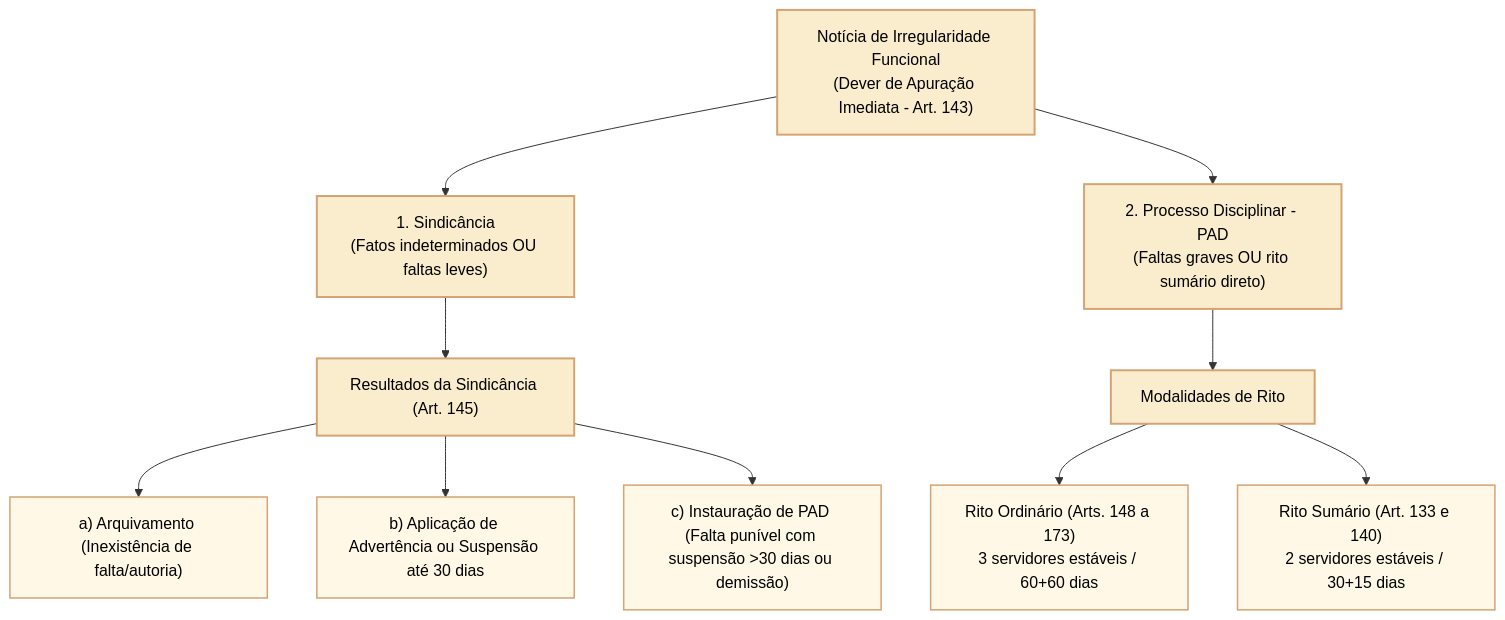
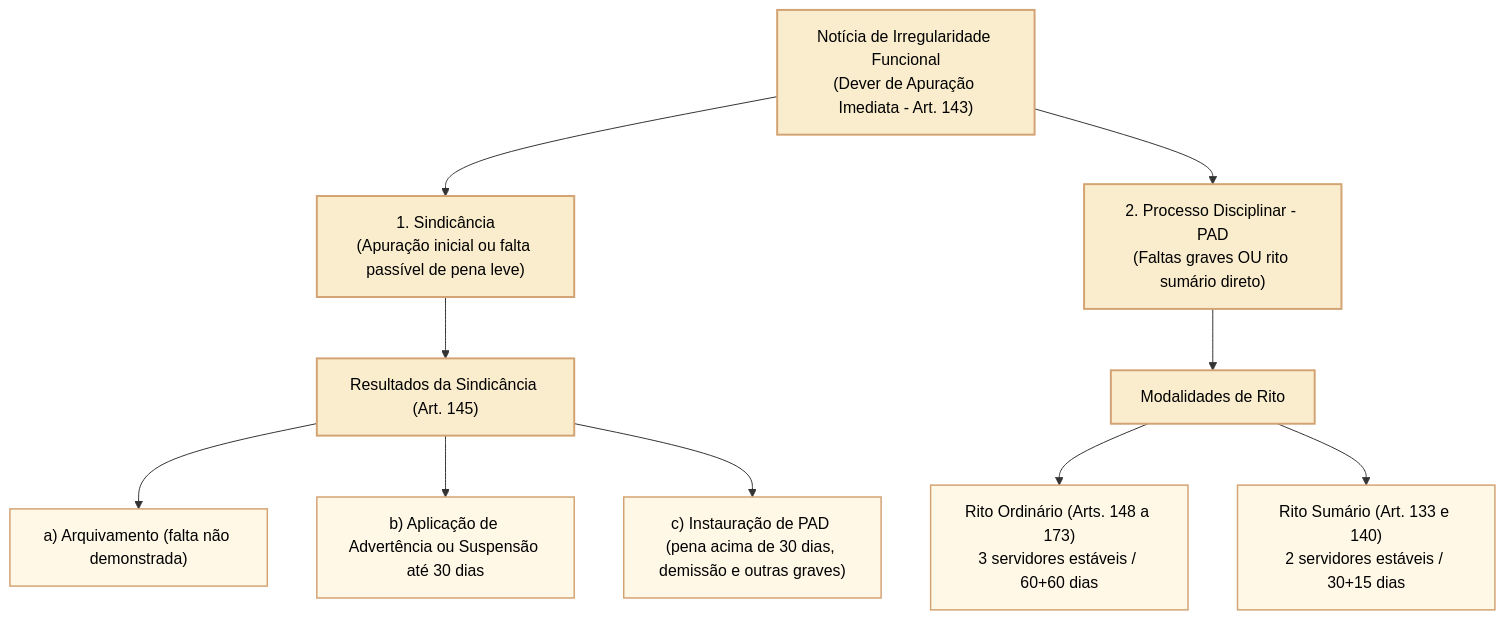
One commit to leorruas/concursos changed the first of 3 diagrams in 3 - Materias/Direito Administrativo/24 - sindicancia processo administrativo disciplinar e seus ritos.md. Above: the diagram before and after it, drawn with Mermaid. The commit also changed other lines of this file, not shown here.

````diff
--- a/3 - Materias/Direito Administrativo/24 - sindicancia processo administrativo disciplinar e seus ritos.md
+++ b/3 - Materias/Direito Administrativo/24 - sindicancia processo administrativo disciplinar e seus ritos.md
@@ -34,20 +36,20 @@
 ```mermaid
 flowchart TD
     classDef raiz fill:#faedcd,stroke:#d4a373,stroke-width:2px,color:#000000;
     classDef criterio fill:#faedcd,stroke:#d4a373,stroke-width:2px,color:#000000;
     classDef opcao fill:#fff8e7,stroke:#d4a373,stroke-width:1.5px,color:#000000;
 
     NOT["Notícia de Irregularidade Funcional<br>(Dever de Apuração Imediata - Art. 143)"]:::raiz
     
-    NOT --> SIND["1. Sindicância<br>(Fatos indeterminados OU faltas leves)"]:::criterio
+    NOT --> SIND["1. Sindicância<br>(Apuração inicial ou falta passível de pena leve)"]:::criterio
     NOT --> PAD["2. Processo Disciplinar - PAD<br>(Faltas graves OU rito sumário direto)"]:::criterio
     
     SIND --> SRES["Resultados da Sindicância (Art. 145)"]:::criterio
-    SRES --> ARQ["a) Arquivamento (Inexistência de falta/autoria)"]:::opcao
+    SRES --> ARQ["a) Arquivamento (falta não demonstrada)"]:::opcao
     SRES --> ADV["b) Aplicação de Advertência ou Suspensão até 30 dias"]:::opcao
-    SRES --> CONV["c) Instauração de PAD (Falta punível com suspensão >30 dias ou demissão)"]:::opcao
+    SRES --> CONV["c) Instauração de PAD (pena acima de 30 dias, demissão e outras graves)"]:::opcao
     
     PAD --> RITO["Modalidades de Rito"]:::criterio
     RITO --> ORD["Rito Ordinário (Arts. 148 a 173)<br>3 servidores estáveis / 60+60 dias"]:::opcao
     RITO --> SUM["Rito Sumário (Art. 133 e 140)<br>2 servidores estáveis / 30+15 dias"]:::opcao
 ```
````
